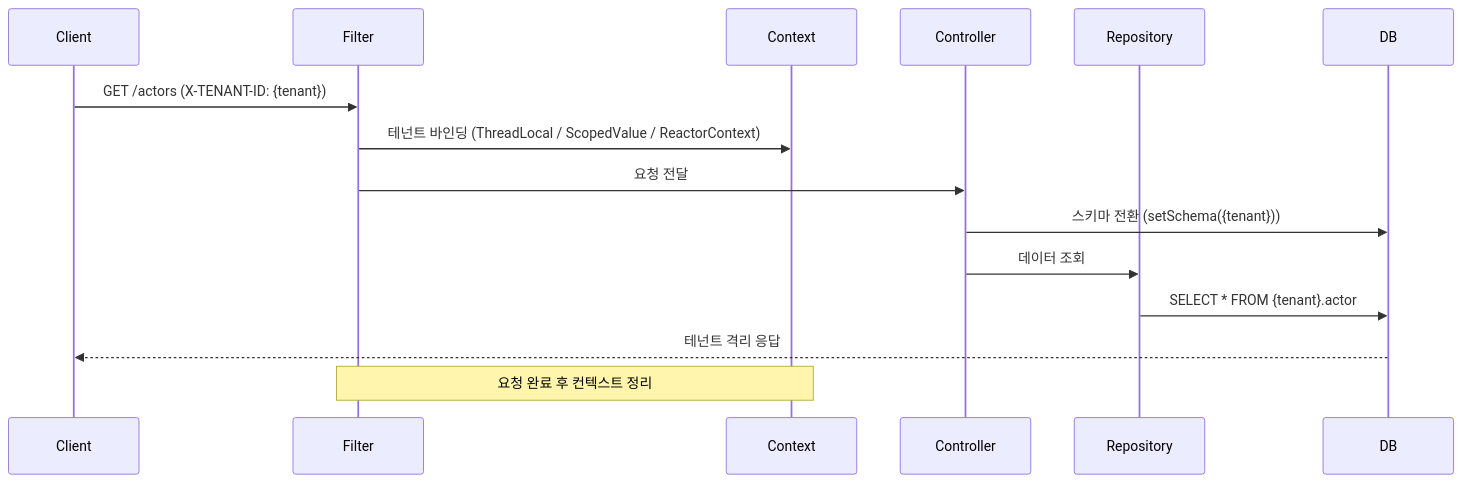
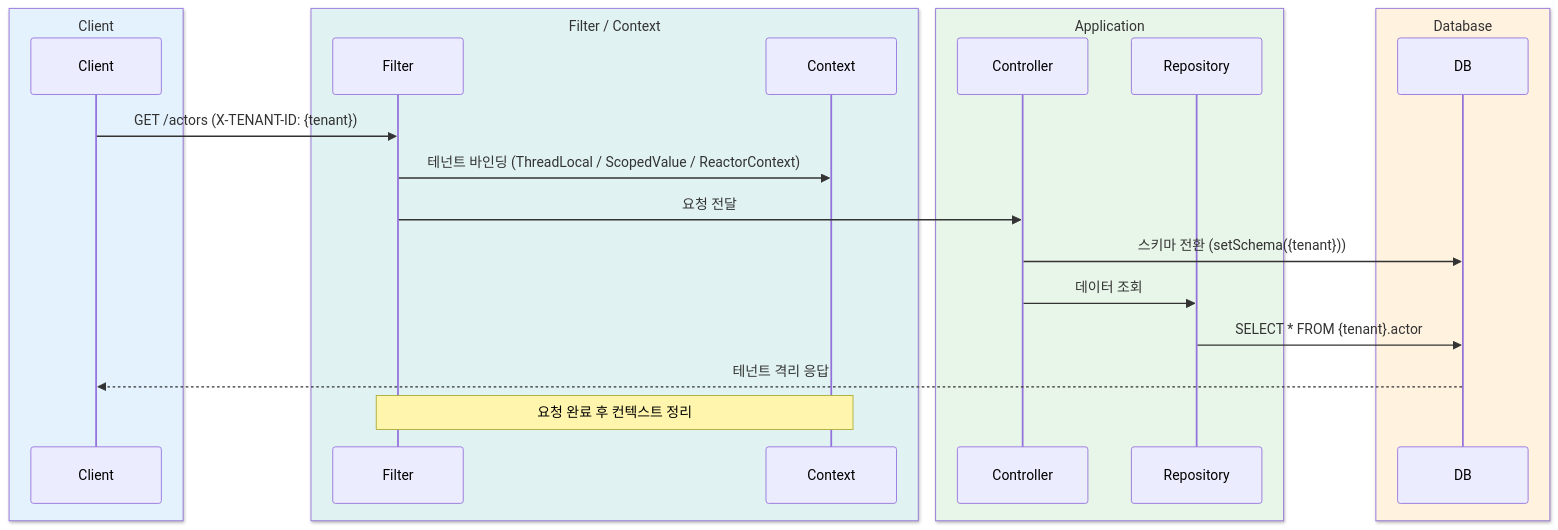
One commit to bluetape4k/exposed-workshop changed the third of 3 diagrams in 10-multi-tenant/README.ko.md. Above: the diagram before and after it, drawn with Mermaid. The commit also changed 43 other files, not shown here.

First line of the commit message:
docs: sequence diagram에 box rgb() 파스텔 영역 적용

````diff
--- a/10-multi-tenant/README.ko.md
+++ b/10-multi-tenant/README.ko.md
@@ -156,19 +156,27 @@
 ```mermaid
-%%{init: {"theme": "neutral", "themeVariables": {"fontFamily": "'Comic Mono', 'goorm sans code', 'JetBrains Mono', 'goorm sans'", "actorBkg": "#E3F2FD", "actorBorder": "#90CAF9", "actorTextColor": "#1565C0", "actorLineColor": "#90CAF9", "activationBkgColor": "#E8F5E9", "activationBorderColor": "#A5D6A7", "labelBoxBkgColor": "#FFF3E0", "labelBoxBorderColor": "#FFCC80", "labelTextColor": "#E65100", "loopTextColor": "#6A1B9A", "noteBkgColor": "#F3E5F5", "noteBorderColor": "#CE93D8", "noteTextColor": "#6A1B9A", "signalColor": "#1565C0", "signalTextColor": "#1565C0"}}}%%
+%%{init: {"theme": "neutral", "themeVariables": {"fontFamily": "'Comic Mono', 'goorm sans code', 'JetBrains Mono', 'goorm sans'"}}}%%
 sequenceDiagram
-    participant Client
-    participant Filter
-    participant Context
-    participant Controller
-    participant Repository
-    participant DB
+    box rgb(227, 242, 253) Client
+        participant Client
+    end
+    box rgb(224, 242, 241) Filter / Context
+        participant Filter
+        participant Context
+    end
+    box rgb(232, 245, 233) Application
+        participant Controller
+        participant Repository
+    end
+    box rgb(255, 243, 224) Database
+        participant DB
+    end
 
     Client->>Filter: GET /actors (X-TENANT-ID: {tenant})
     Filter->>Context: 테넌트 바인딩 (ThreadLocal / ScopedValue / ReactorContext)
     Filter->>Controller: 요청 전달
     Controller->>DB: 스키마 전환 (setSchema({tenant}))
     Controller->>Repository: 데이터 조회
     Repository->>DB: SELECT * FROM {tenant}.actor
     DB-->>Client: 테넌트 격리 응답
     Note over Filter,Context: 요청 완료 후 컨텍스트 정리
 ```
````
